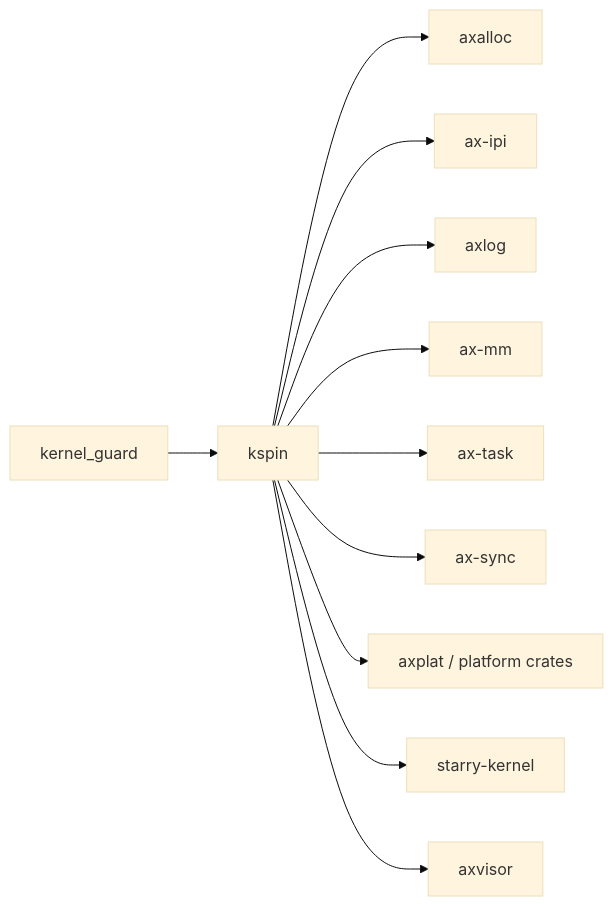
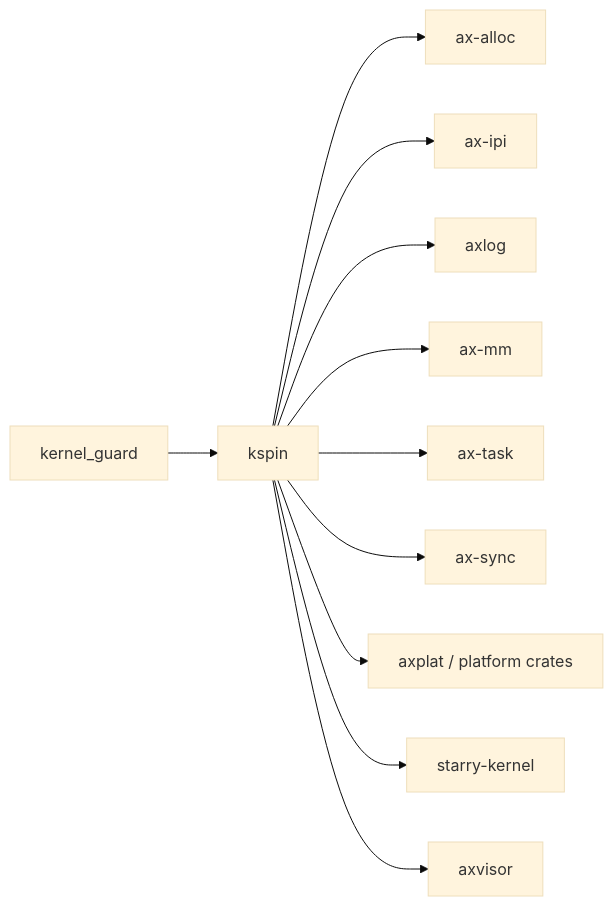
Before and after one commit to os-biglab/tgoskits: the diagram in docs/crates/kspin.md, drawn with Mermaid (base theme). The commit also changed other lines of this file and 75 other files, not shown here.

Commit message:
rename axalloc to ax-alloc

````diff
--- a/docs/crates/kspin.md
+++ b/docs/crates/kspin.md
@@ -61,14 +61,14 @@
 ```mermaid
 graph LR
     kernel_guard["kernel_guard"] --> kspin["kspin"]
 
-    kspin --> axalloc["axalloc"]
+    kspin --> ax-alloc["ax-alloc"]
     kspin --> ax-ipi["ax-ipi"]
     kspin --> axlog["axlog"]
     kspin --> ax-mm["ax-mm"]
     kspin --> ax-task["ax-task"]
     kspin --> ax-sync["ax-sync"]
     kspin --> axplat["axplat / platform crates"]
     kspin --> starry["starry-kernel"]
     kspin --> axvisor["axvisor"]
 ```
````
